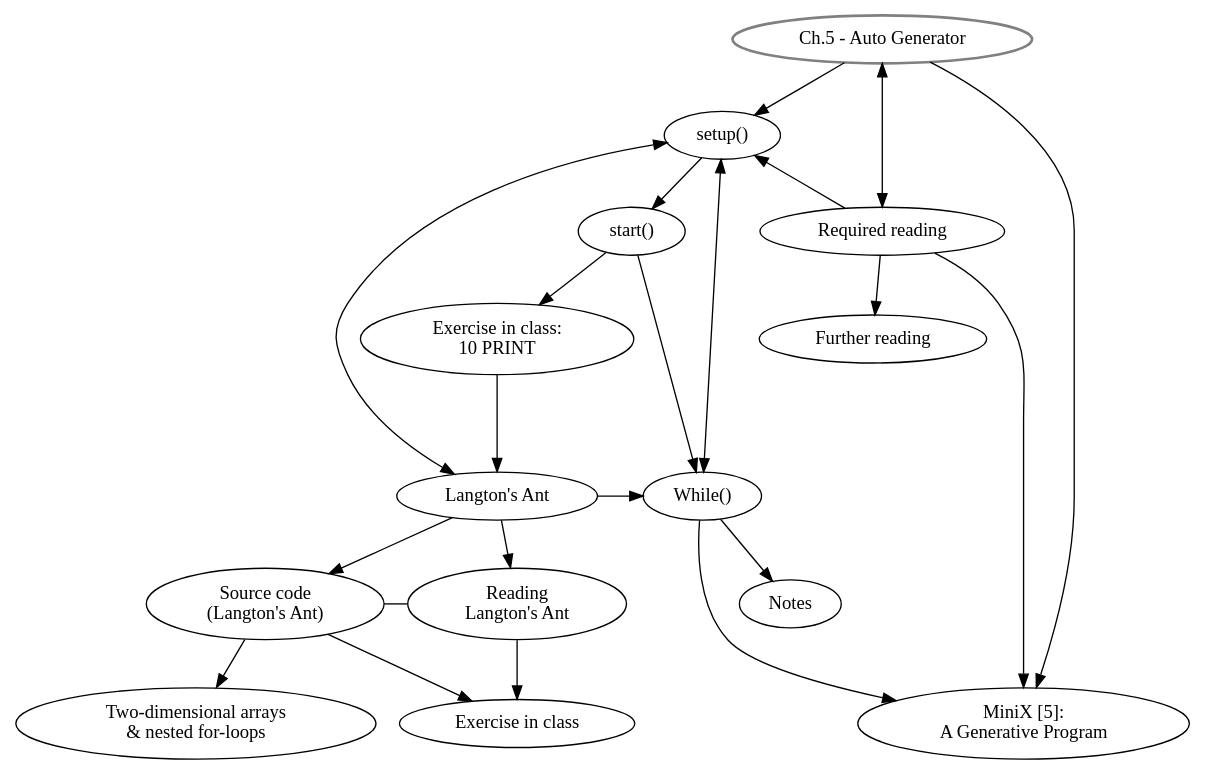
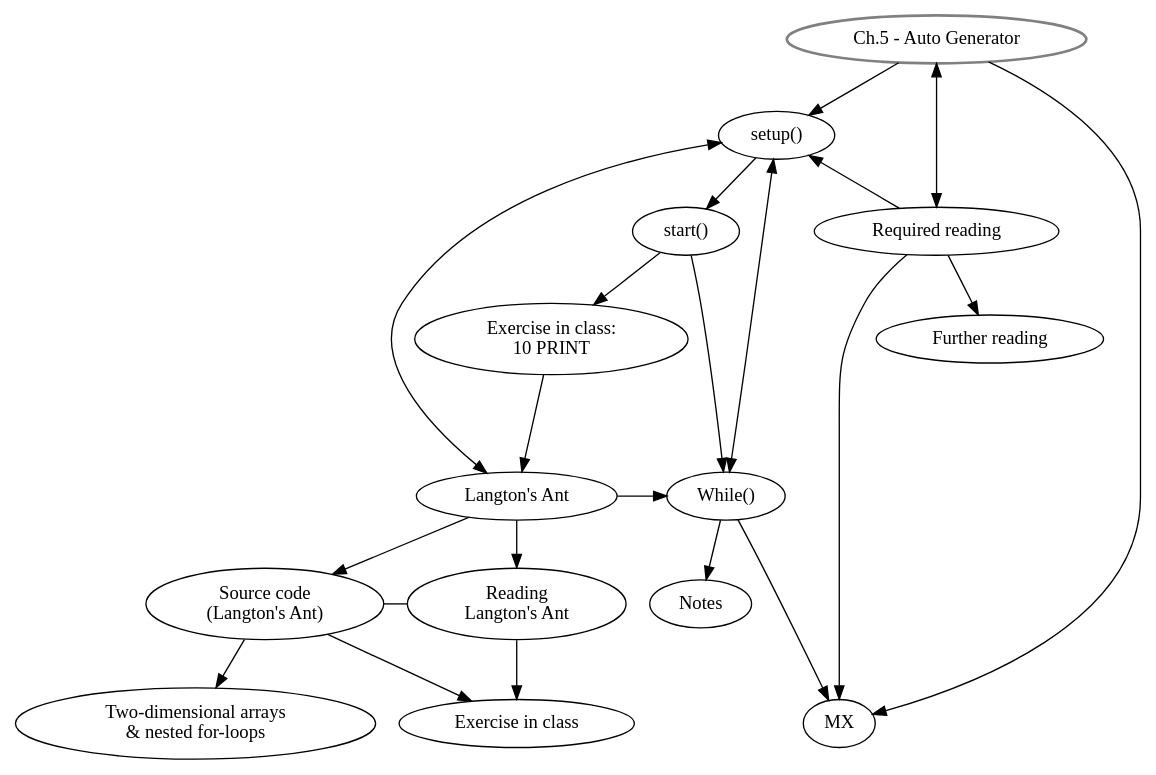
One commit to danbz/aesthetic-programming changed the diagram in graphviz/AP_ch5.dot. Above: the diagram before and after it, drawn with Graphviz. The commit also changed 24 other files, not shown here.

Commit message:
update all graph_vis

```diff
--- a/graphviz/AP_ch5.dot
+++ b/graphviz/AP_ch5.dot
@@ -1,46 +1,45 @@
 digraph G {
 //labels
 GS [
 label="Ch.5 - Auto Generator",
 style=bold,
 color=grey,
 ]
 
 SU [label="setup()"]
 ST [label="start()"]
 EiC [label="Exercise in class: \n10 PRINT"]
 LA [label="Langton's Ant"]
 SC [label="Source code\n(Langton's Ant)"]
 RLA [label="Reading \nLangton's Ant"]
 AL [label="Two-dimensional arrays \n& nested for-loops
 "]
 EiC2 [label="Exercise in class"]
 MW [label="While()"]
-MX [label="MiniX [5]: \nA Generative Program"]
 RR [label="Required reading"]
 FR [label="Further reading"]
 Notes [label="Notes"]
 
 //rank
 {rank = same; RR, ST}
 {rank = same; RLA, SC}
 {rank = same; MX,EiC2}
 {rank = same; MW, LA}
 
 
 //graph
 GS -> SU -> ST -> EiC;
 EiC-> LA[minlen=2];
 LA -> SU [dir=both];
 GS -> MX;
 GS -> RR[dir=both];
 SU -> MW [dir=both];
 SC -> RLA [dir=none];
 RR -> MX, SU;
 LA -> SC, RLA -> EiC2;
 SC -> AL;
 ST -> MW -> Notes;
 MW -> MX;
 LA -> MW;
 RR -> FR;
 }
```
